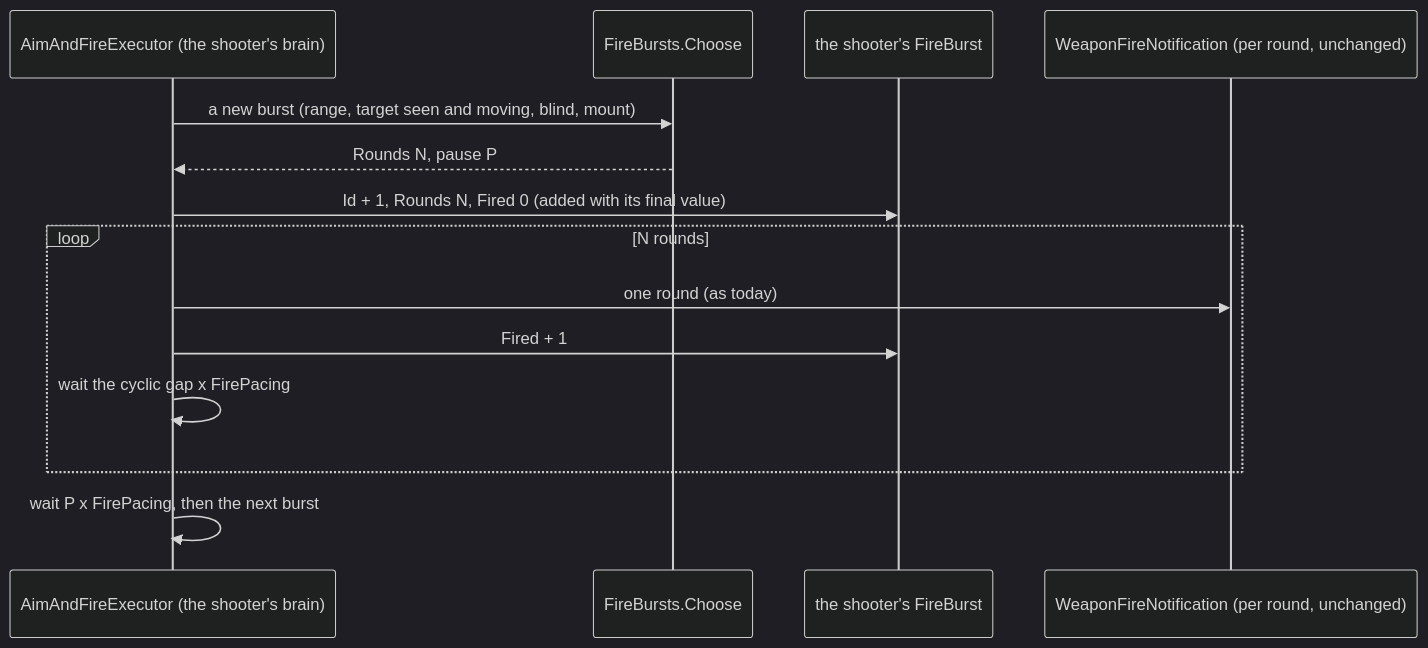
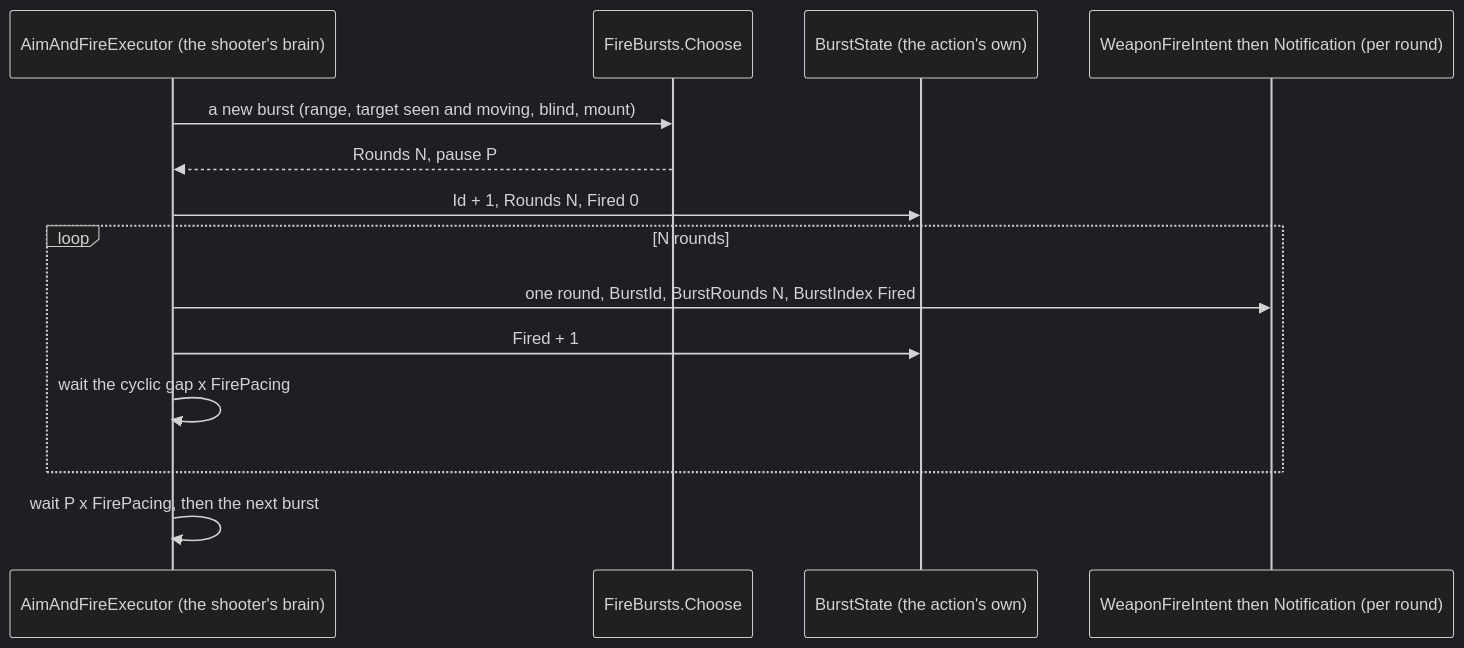
Before and after one commit to pjanec/HROT: diagram 32 of 34 in docs/DESIGN_Weapon_Layers.md, drawn with Mermaid (dark theme). The commit also changed other lines of this file and 1 other file, not shown here.

First line of the commit message:
CE-11033: §5l amended - the burst rides on each round's WeaponFireIntent / WeaponFireNotification (BurstId, BurstRounds, BurstIndex), the FireBurst component superseded; R-11013 recordings may break

````diff
--- a/docs/DESIGN_Weapon_Layers.md
+++ b/docs/DESIGN_Weapon_Layers.md
@@ -1282,16 +1285,16 @@
 ```mermaid
 sequenceDiagram
     participant E as AimAndFireExecutor (the shooter's brain)
     participant R as FireBursts.Choose
-    participant S as the shooter's FireBurst
-    participant F as WeaponFireNotification (per round, unchanged)
+    participant S as BurstState (the action's own)
+    participant F as WeaponFireIntent then Notification (per round)
     E->>R: a new burst (range, target seen and moving, blind, mount)
     R-->>E: Rounds N, pause P
-    E->>S: Id + 1, Rounds N, Fired 0 (added with its final value)
+    E->>S: Id + 1, Rounds N, Fired 0
     loop N rounds
-        E->>F: one round (as today)
+        E->>F: one round, BurstId, BurstRounds N, BurstIndex Fired
         E->>S: Fired + 1
         E->>E: wait the cyclic gap x FirePacing
     end
     E->>E: wait P x FirePacing, then the next burst
 ```
````
